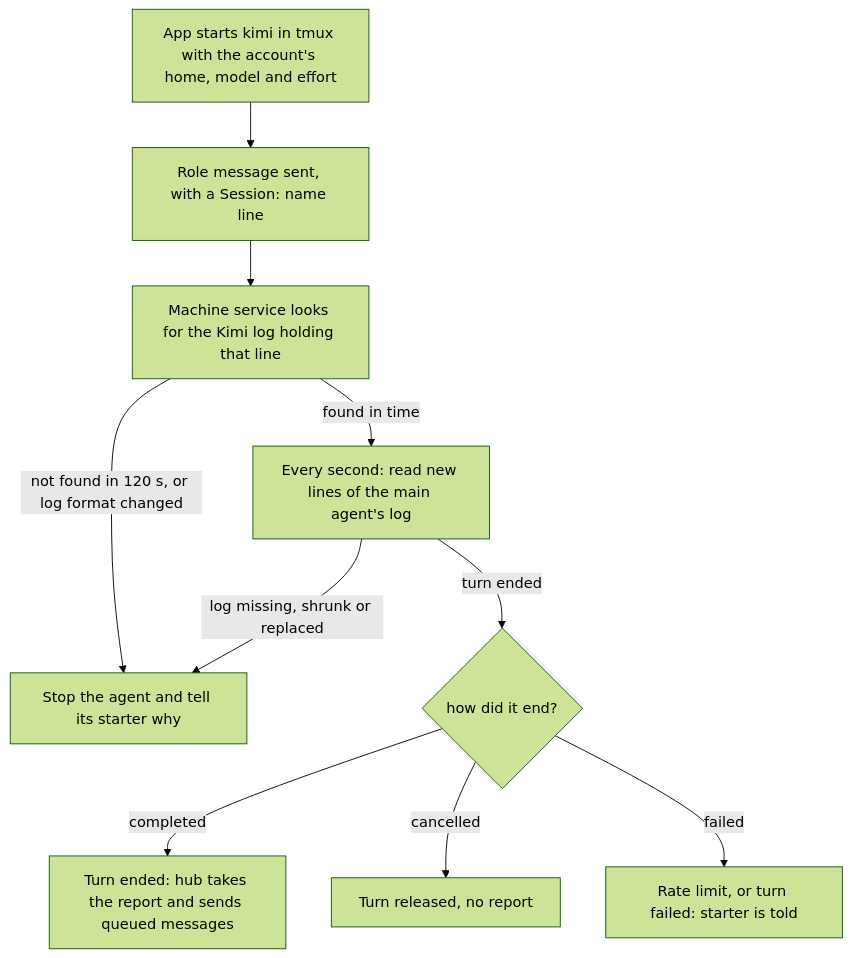
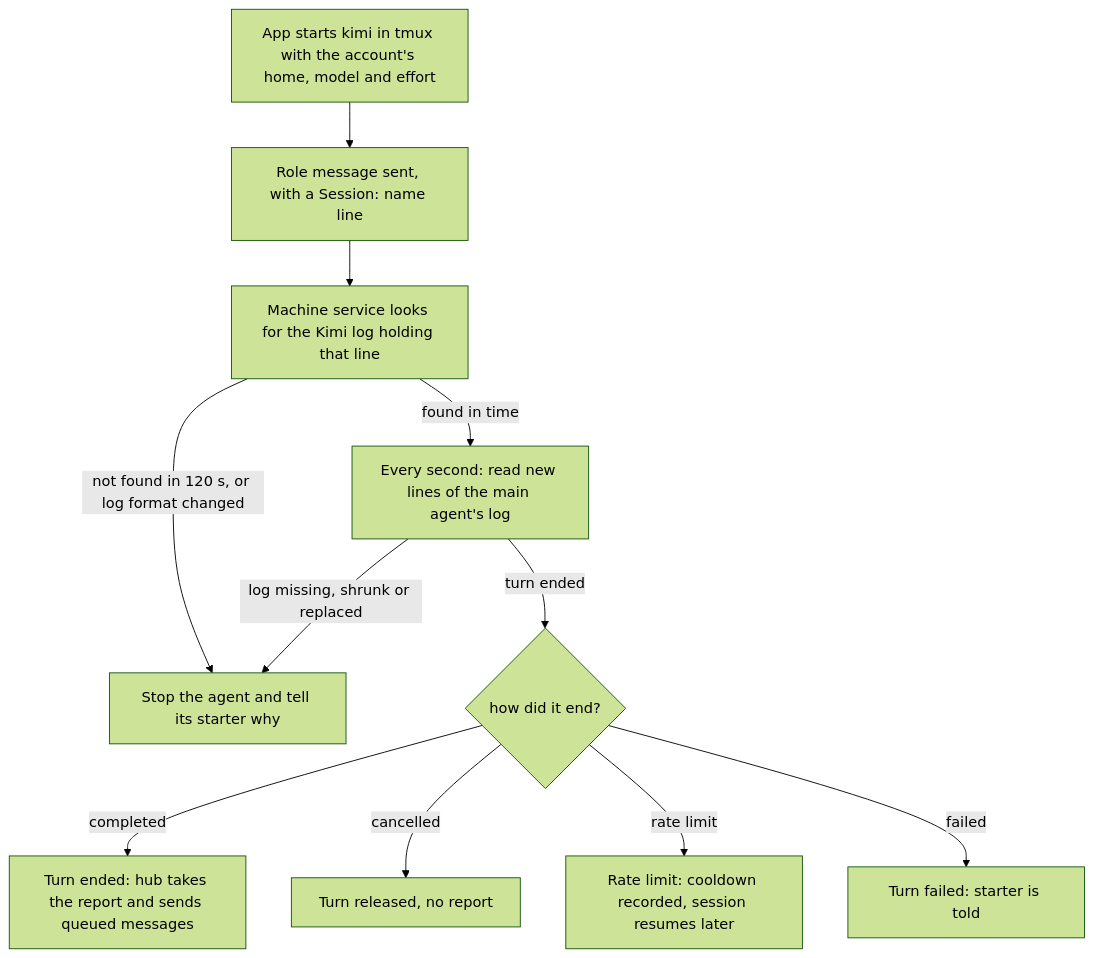
Before and after one commit to brilliantshine/wheelchair: the diagram in docs/plans/kimi-code/PLAN.md, drawn with Mermaid (forest theme). The commit also changed other lines of this file and 1 other file, not shown here.

Commit message:
kimi-code: Decision 47, flowchart reworded (remediation 2 gap 2 settled by the plan)

````diff
--- a/docs/plans/kimi-code/PLAN.md
+++ b/docs/plans/kimi-code/PLAN.md
@@ -96,12 +97,13 @@
 ```mermaid
 flowchart TD
   A[App starts kimi in tmux with the account's home, model and effort] --> B[Role message sent, with a Session: name line]
   B --> C[Machine service looks for the Kimi log holding that line]
   C -- found in time --> D[Every second: read new lines of the main agent's log]
   C -- not found in 120 s, or log format changed --> X[Stop the agent and tell its starter why]
   D -- log missing, shrunk or replaced --> X
   D -- turn ended --> E{how did it end?}
   E -- completed --> F[Turn ended: hub takes the report and sends queued messages]
   E -- cancelled --> G[Turn released, no report]
-  E -- failed --> H[Rate limit, or turn failed: starter is told]
+  E -- rate limit --> H1[Rate limit: cooldown recorded, session resumes later]
+  E -- failed --> H2[Turn failed: starter is told]
 ```
````
